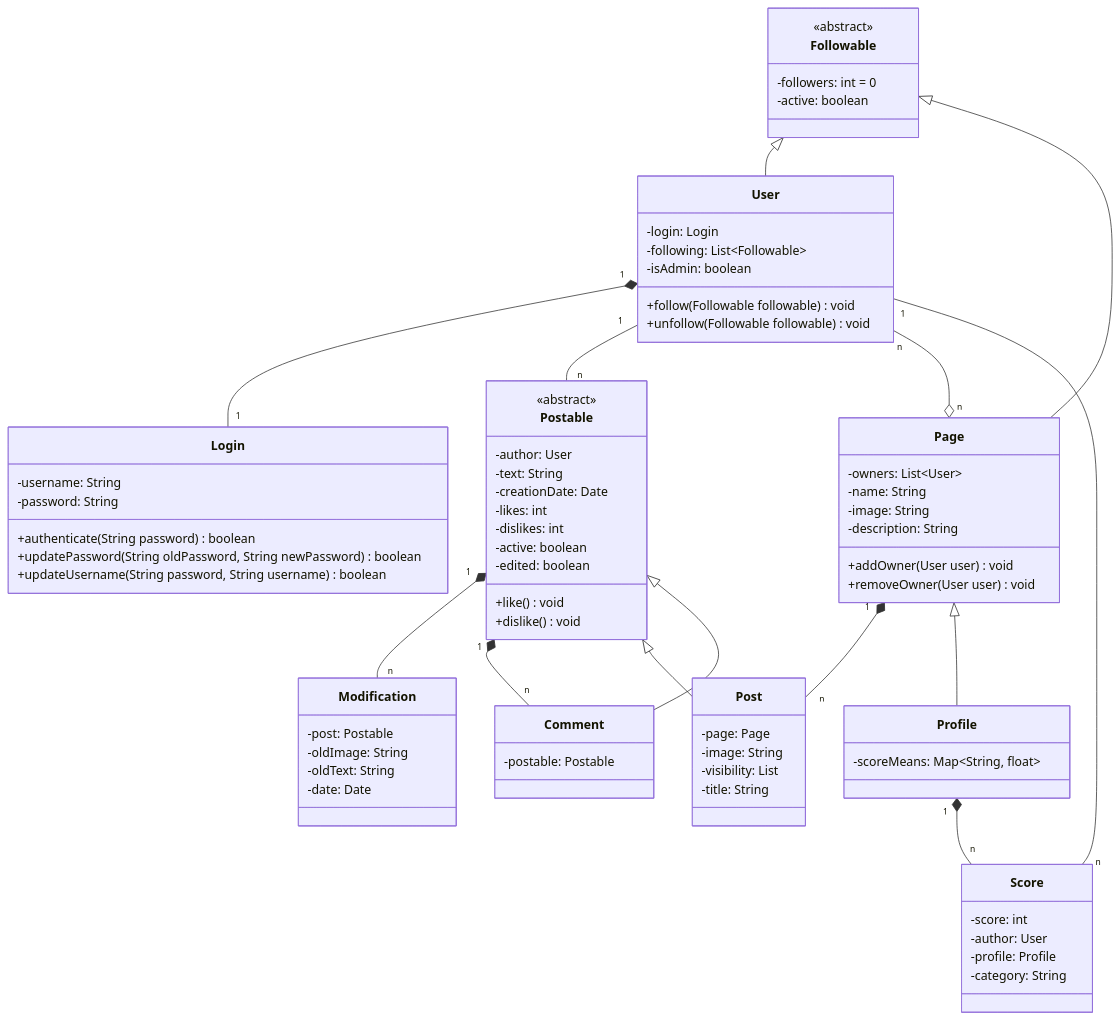
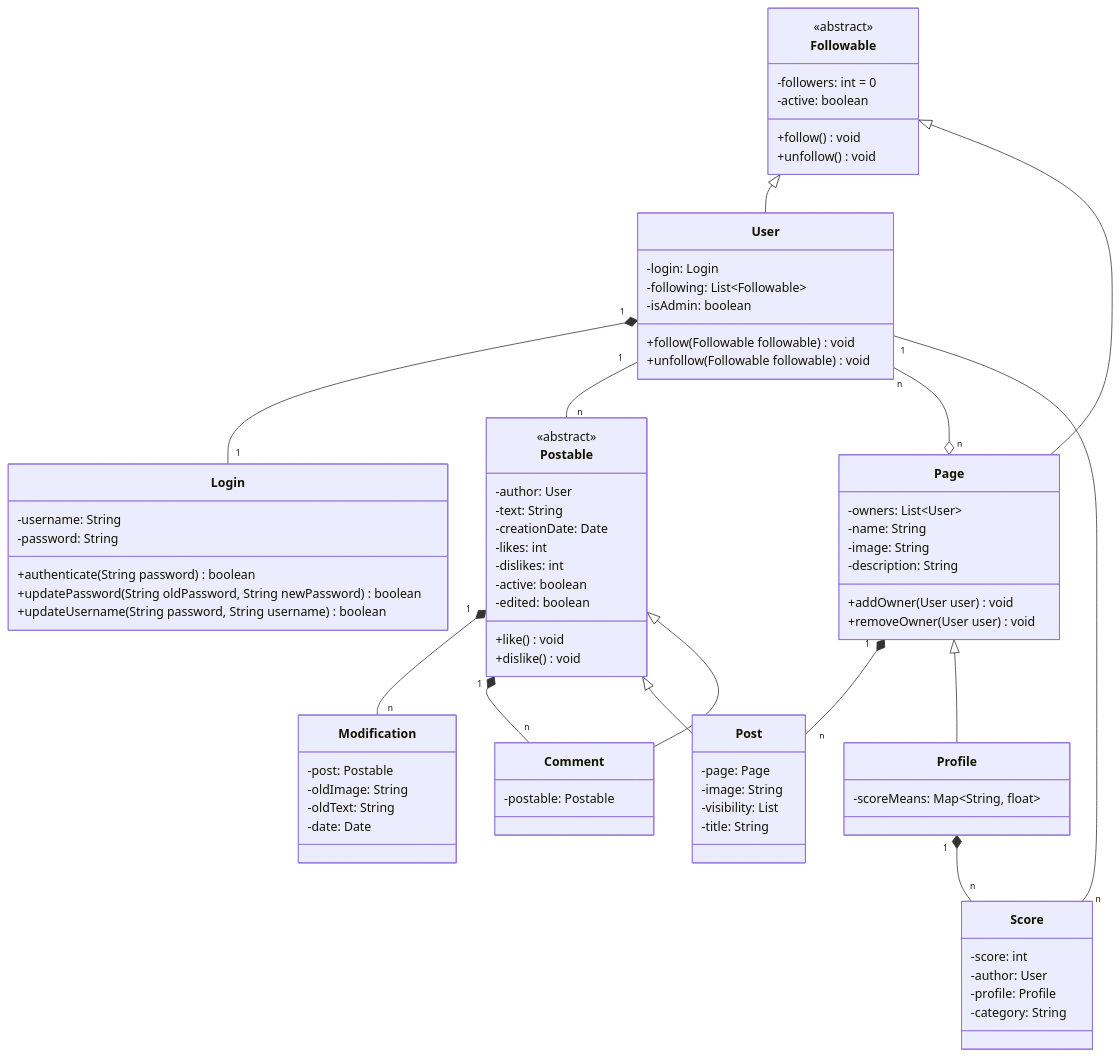
The diagram in Diagram.md (jlvlg/Pentagon), drawn with Mermaid before and after one commit. The commit also changed 1 other file, not shown here.

Commit message:
Update Followable Class

````diff
--- a/Diagram.md
+++ b/Diagram.md
@@ -1,80 +1,82 @@
 ```mermaid
     classDiagram
     direction TB
     class User {
         -login: Login
         -following: List~Followable~
         -isAdmin: boolean
         +follow(Followable followable) void
         +unfollow(Followable followable) void
     }
     class Page {
         -owners: List~User~
         -name: String
         -image: String
         -description: String
         +addOwner(User user) void
         +removeOwner(User user) void
     }
     class Login {
         -username: String
         -password: String
         +authenticate(String password) boolean
         +updatePassword(String oldPassword, String newPassword) boolean
         +updateUsername(String password, String username) boolean
     }
     class Followable {
         <<abstract>>
         -followers: int = 0
         -active: boolean
+        +follow() void
+        +unfollow() void
     }
     class Profile {
         -scoreMeans: Map~String, float~
     }
     class Postable {
         <<abstract>>
         -author: User
         -text: String
         -creationDate: Date
         -likes: int
         -dislikes: int
         -active: boolean
         -edited: boolean
         +like() void
         +dislike() void
     }
     class Post {
         -page: Page
         -image: String
         -visibility: List<User>
         -title: String
     }
     class Comment {
         -postable: Postable
     }
     class Modification {
         -post: Postable
         -oldImage: String
         -oldText: String
         -date: Date
     }
     class Score {
         -score: int
         -author: User
         -profile: Profile
         -category: String
     }
     Followable <|-- User
     Followable <|-- Page
     User "1" *-- "1" Login
     User "1" -- "n" Postable
     User "n" --o "n" Page
     User "1" -- "n" Score
     Page "1" *-- "n" Post
     Postable "1" *-- "n" Modification
     Postable "1" *-- "n" Comment
     Profile "1" *-- "n" Score
     Page <|-- Profile
     Postable <|-- Post
     Postable <|-- Comment
 ```
````
